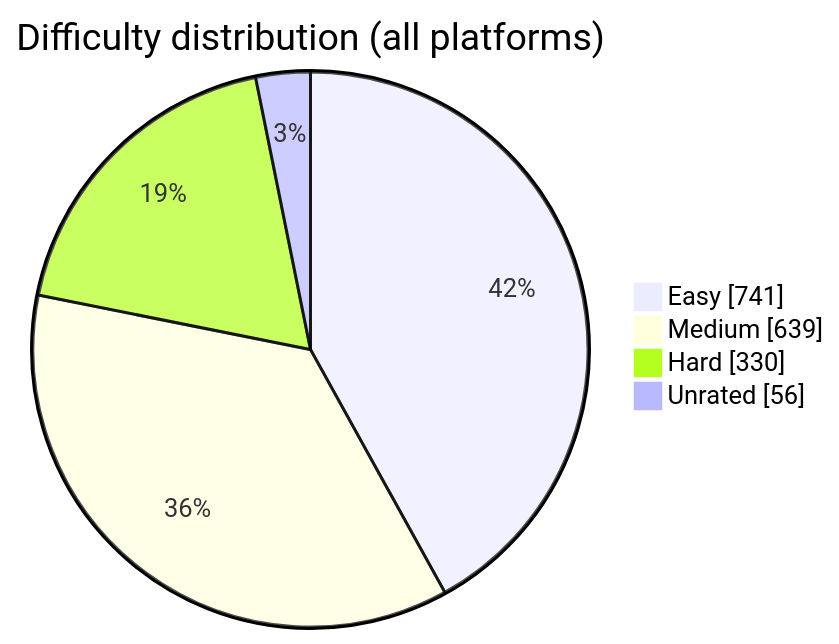
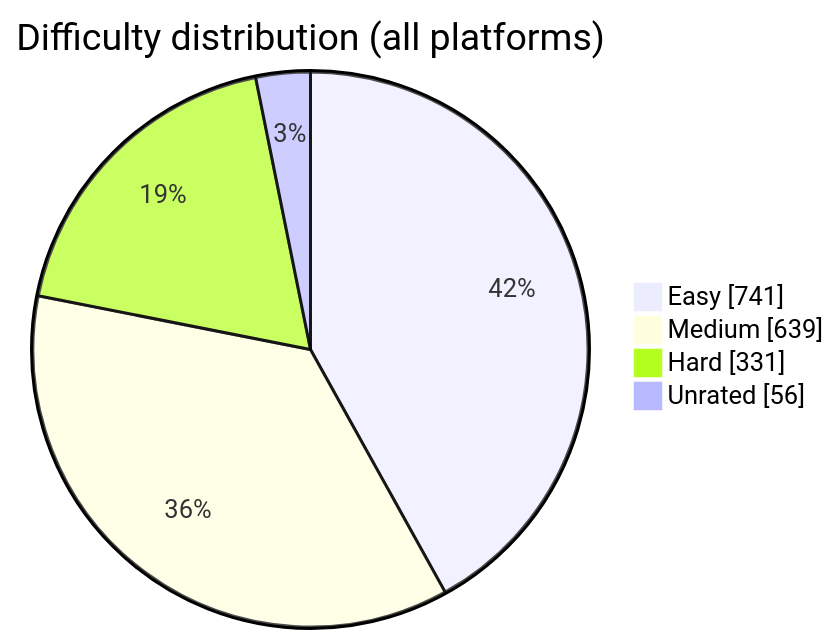
The diagram in README.md (BuildbyArindam/Daily-Coding-Log), drawn with Mermaid before and after one commit. The commit also changed other lines of this file, not shown here.

````diff
--- a/README.md
+++ b/README.md
@@ -108,7 +108,7 @@
 ```mermaid
 pie showData title Difficulty distribution (all platforms)
     "Easy" : 741
     "Medium" : 639
-    "Hard" : 330
+    "Hard" : 331
     "Unrated" : 56
 ```
````
